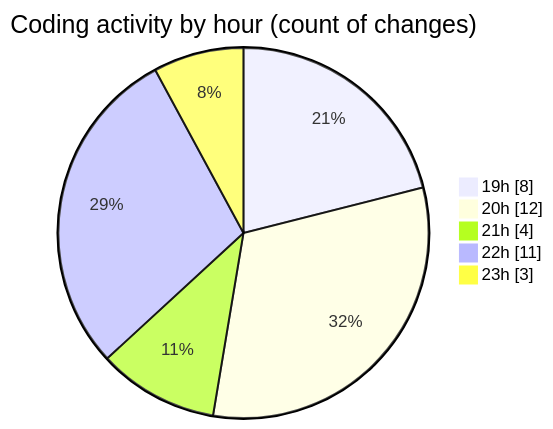
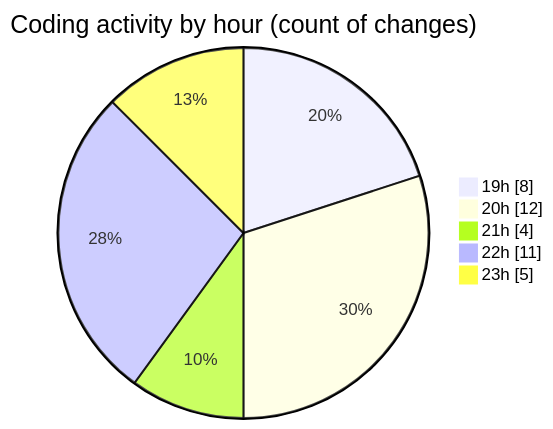
Before and after one commit to Elitesun/code-tracking: the second of 2 diagrams in 2025-04-10/product-page/README.md, drawn with Mermaid. The commit also changed other lines of this file and 1 other file, not shown here.

````diff
--- a/2025-04-10/product-page/README.md
+++ b/2025-04-10/product-page/README.md
@@ -43,9 +43,9 @@
 ```mermaid
 pie showData
 title Coding activity by hour (count of changes)
 "19h" : 8
 "20h" : 12
 "21h" : 4
 "22h" : 11
-"23h" : 3
+"23h" : 5
 ```
````
